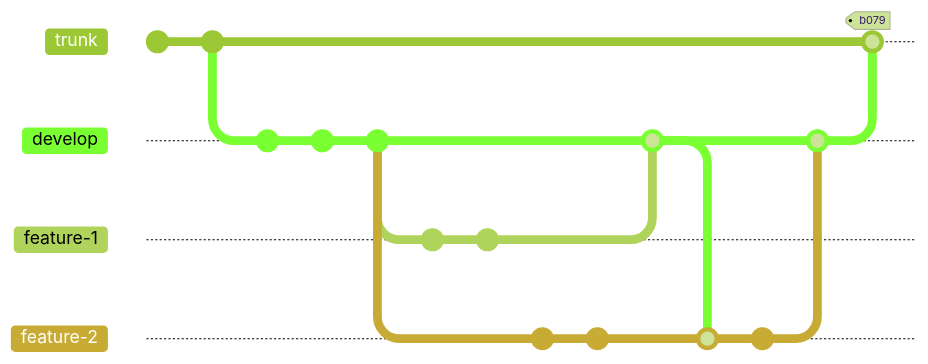
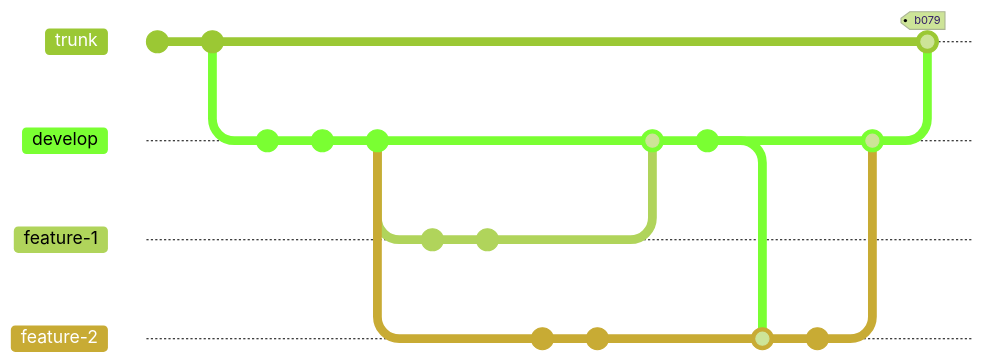
The third of 3 diagrams in gitbranch.md (sortednet/docs), drawn with Mermaid (forest theme) before and after one commit. The commit also changed other lines of this file, not shown here. Commit ids are hidden.

Commit message:
Added example flows

````diff
--- a/gitbranch.md
+++ b/gitbranch.md
@@ -66,26 +79,27 @@
 ```mermaid
 %%{init: {  'gitGraph': {'mainBranchName': 'trunk'}} }%%
 gitGraph:
     commit
     commit
     branch develop
     commit
     commit
     commit
     branch feature-1
     commit
     commit
     checkout develop
     branch feature-2
     commit
     commit
     checkout develop
     merge feature-1
+    commit
     checkout feature-2
     merge develop
     commit
     checkout develop
     merge feature-2
     checkout trunk
     merge develop tag: "b079"
 ```
````
